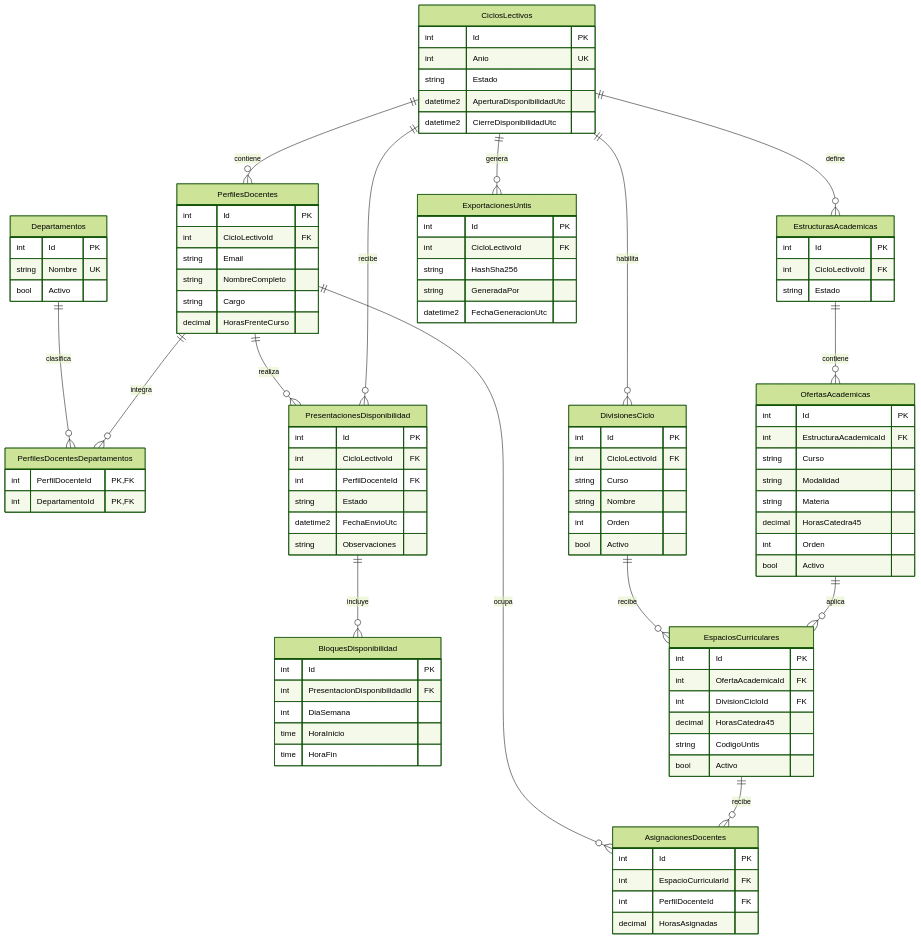
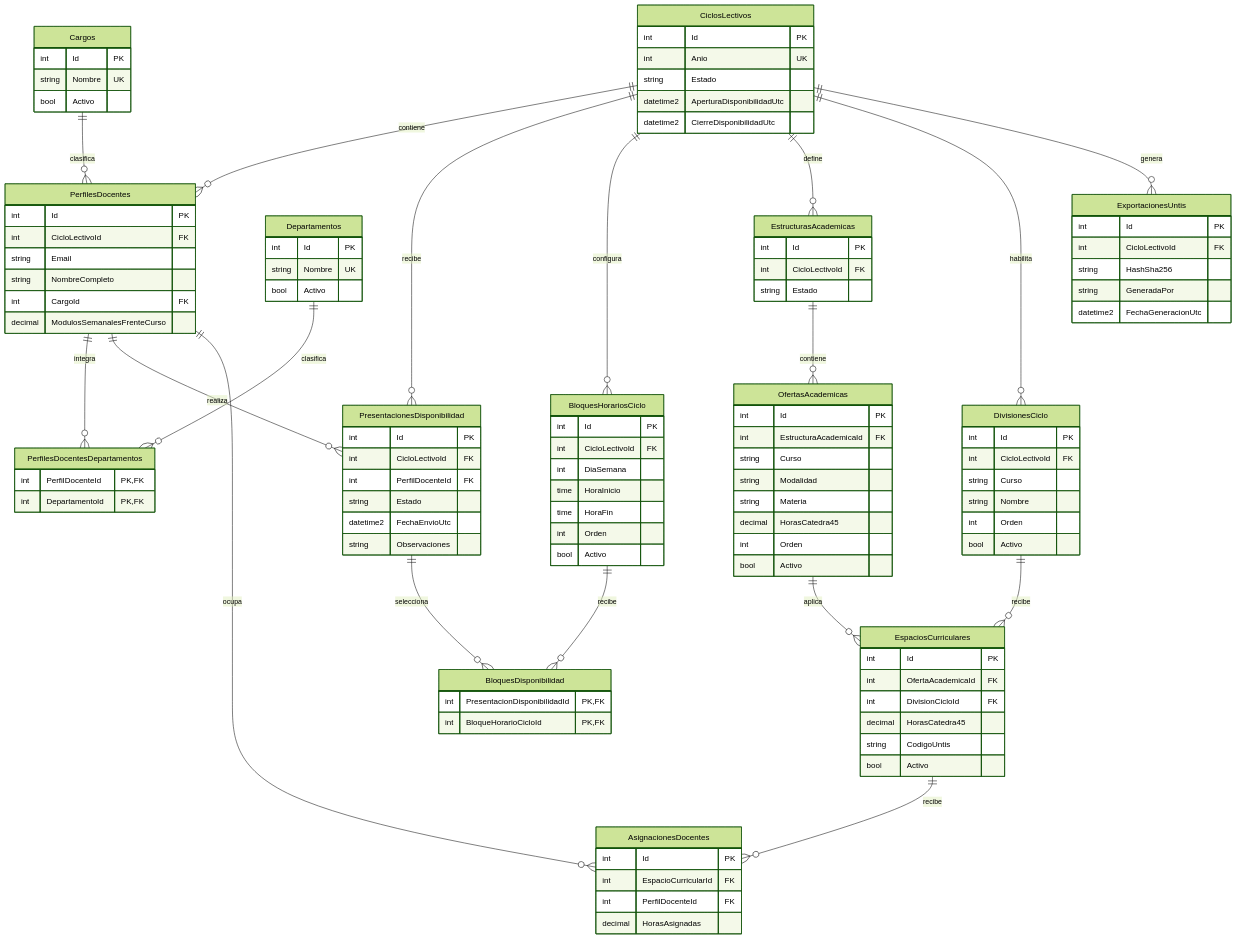
One commit to servicios-goethe/asignacion-academica changed the diagram in docs/DER.md. Above: the diagram before and after it, drawn with Mermaid (forest theme). The commit also changed other lines of this file and 12 other files, not shown here.

```diff
--- a/docs/DER.md
+++ b/docs/DER.md
@@ -9,7 +9,10 @@
     Departamentos ||--o{ PerfilesDocentesDepartamentos : clasifica
     CiclosLectivos ||--o{ PresentacionesDisponibilidad : recibe
     PerfilesDocentes ||--o{ PresentacionesDisponibilidad : realiza
-    PresentacionesDisponibilidad ||--o{ BloquesDisponibilidad : incluye
+    CiclosLectivos ||--o{ BloquesHorariosCiclo : configura
+    PresentacionesDisponibilidad ||--o{ BloquesDisponibilidad : selecciona
+    BloquesHorariosCiclo ||--o{ BloquesDisponibilidad : recibe
+    Cargos ||--o{ PerfilesDocentes : clasifica
     CiclosLectivos ||--o{ EstructurasAcademicas : define
     CiclosLectivos ||--o{ DivisionesCiclo : habilita
     EstructurasAcademicas ||--o{ OfertasAcademicas : contiene
@@ -31,8 +34,13 @@
       int CicloLectivoId FK
       string Email
       string NombreCompleto
-      string Cargo
-      decimal HorasFrenteCurso
+      int CargoId FK
+      decimal ModulosSemanalesFrenteCurso
+    }
+    Cargos {
+      int Id PK
+      string Nombre UK
+      bool Activo
     }
     Departamentos {
       int Id PK
@@ -52,11 +60,17 @@
       string Observaciones
     }
     BloquesDisponibilidad {
+      int PresentacionDisponibilidadId PK, FK
+      int BloqueHorarioCicloId PK, FK
+    }
+    BloquesHorariosCiclo {
       int Id PK
-      int PresentacionDisponibilidadId FK
+      int CicloLectivoId FK
       int DiaSemana
       time HoraInicio
       time HoraFin
+      int Orden
+      bool Activo
     }
     EstructurasAcademicas {
       int Id PK
```
